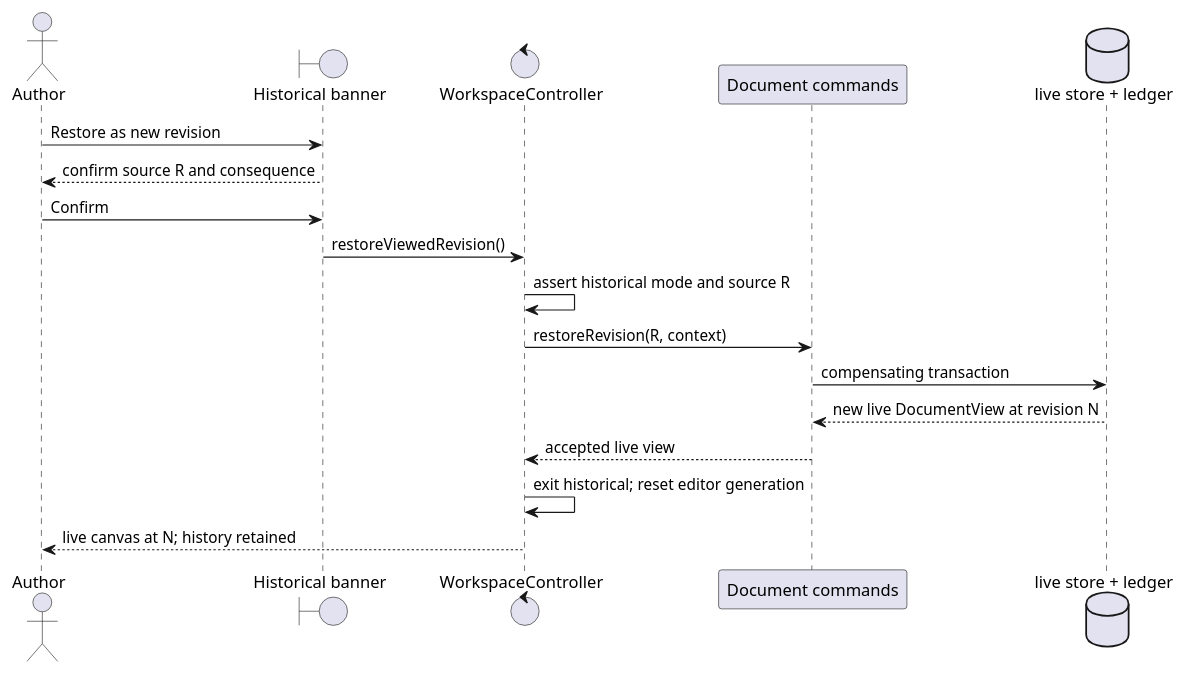
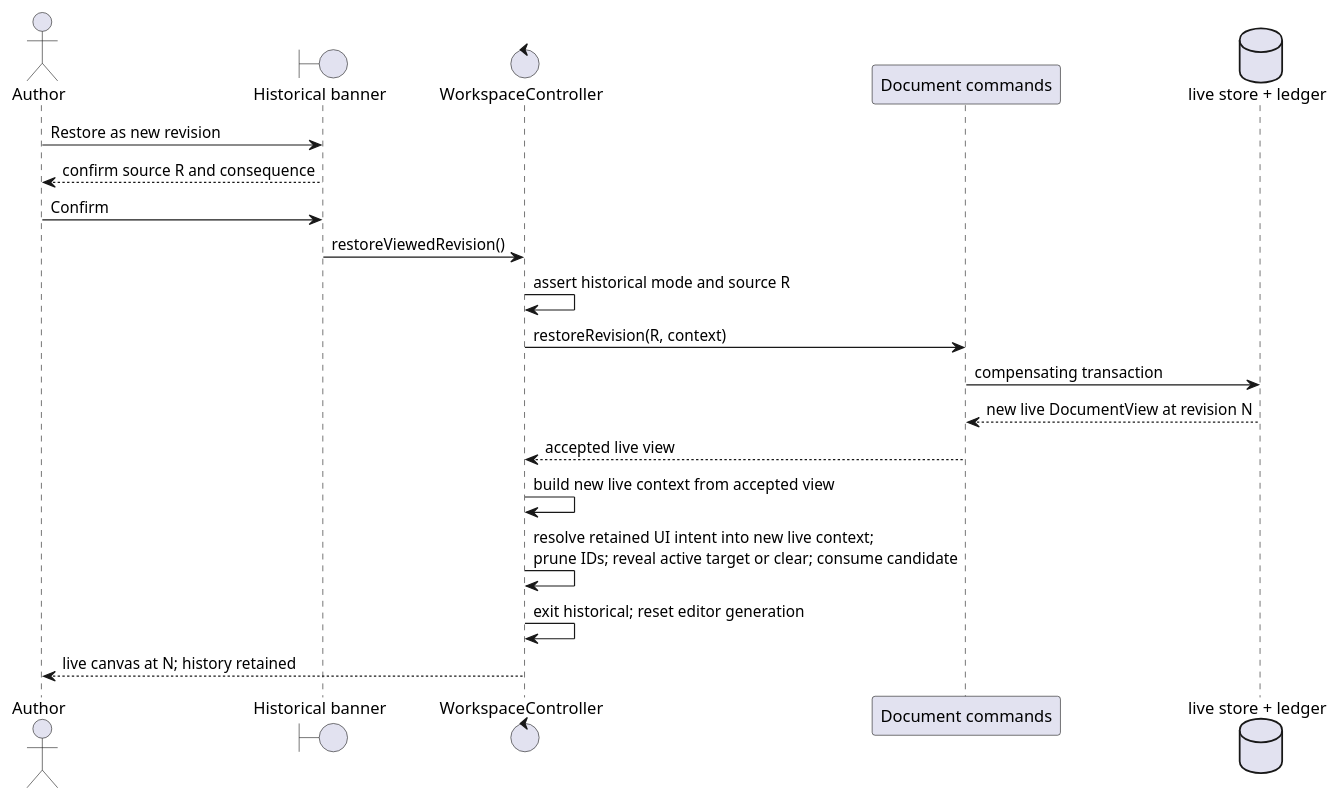
One commit to benoit-gl/coedit changed the third of 3 diagrams in docs/proposals/QUERY_FIRST_HISTORY.md. Above: the diagram before and after it, drawn with PlantUML. The commit also changed other lines of this file and 19 other files, not shown here.

````diff
--- a/docs/proposals/QUERY_FIRST_HISTORY.md
+++ b/docs/proposals/QUERY_FIRST_HISTORY.md
@@ -318,21 +374,23 @@
 ```plantuml
 @startuml
 actor Author
 boundary "Historical banner" as Banner
 control WorkspaceController as Controller
 participant "Document commands" as Commands
 database "live store + ledger" as Store
 
 Author -> Banner : Restore as new revision
 Banner --> Author : confirm source R and consequence
 Author -> Banner : Confirm
 Banner -> Controller : restoreViewedRevision()
 Controller -> Controller : assert historical mode and source R
 Controller -> Commands : restoreRevision(R, context)
 Commands -> Store : compensating transaction
 Store --> Commands : new live DocumentView at revision N
 Commands --> Controller : accepted live view
+Controller -> Controller : build new live context from accepted view
+Controller -> Controller : resolve retained UI intent into new live context;\nprune IDs; reveal active target or clear; consume candidate
 Controller -> Controller : exit historical; reset editor generation
 Controller --> Author : live canvas at N; history retained
 @enduml
 ```
````
